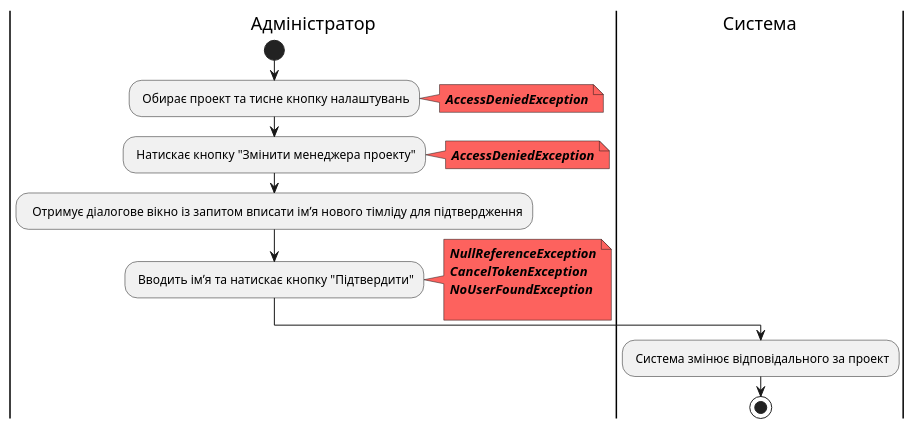
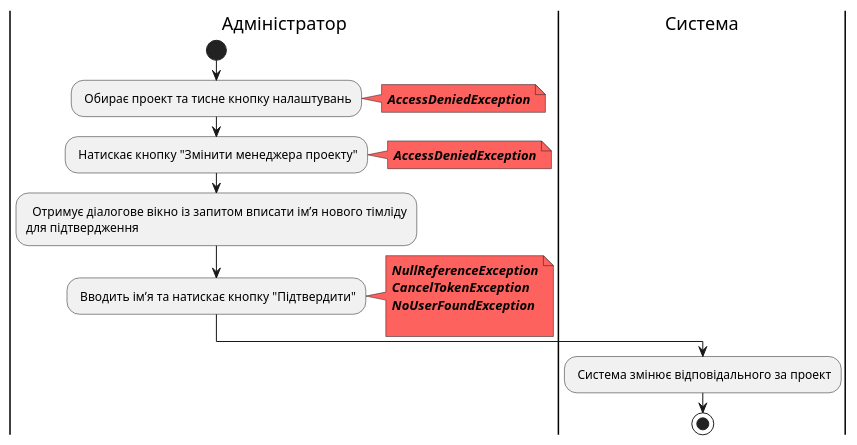
Diagram 15 of 19 in docs/use cases/README.md (stbestichhh/db_project-manager), drawn with PlantUML before and after one commit. The commit also changed other lines of this file, not shown here.

Commit message:
Fixed diagrams

```diff
--- a/docs/use cases/README.md
+++ b/docs/use cases/README.md
@@ -541,25 +543,26 @@
 @startuml
 |Адміністратор|
 start;
 : Обирає проект та тисне кнопку налаштувань; 
 note right #fd625e
 <b><i>AccessDeniedException
 end note 
 : Натискає кнопку "Змінити менеджера проекту";
 note right #fd625e
 <b><i>AccessDeniedException
 end note
-:  Отримує діалогове вікно із запитом вписати імʼя нового тімліду для підтвердження;
+:  Отримує діалогове вікно із запитом вписати імʼя нового тімліду 
+для підтвердження;
 : Вводить імʼя та натискає кнопку "Підтвердити";
 note right #fd625e
 <b><i>NullReferenceException
 <b><i>CancelTokenException
 <b><i>NoUserFoundException
 
 end note
 
 |Система|
  : Система змінює відповідального за проект; 
 
  stop;  
 @enduml
```
